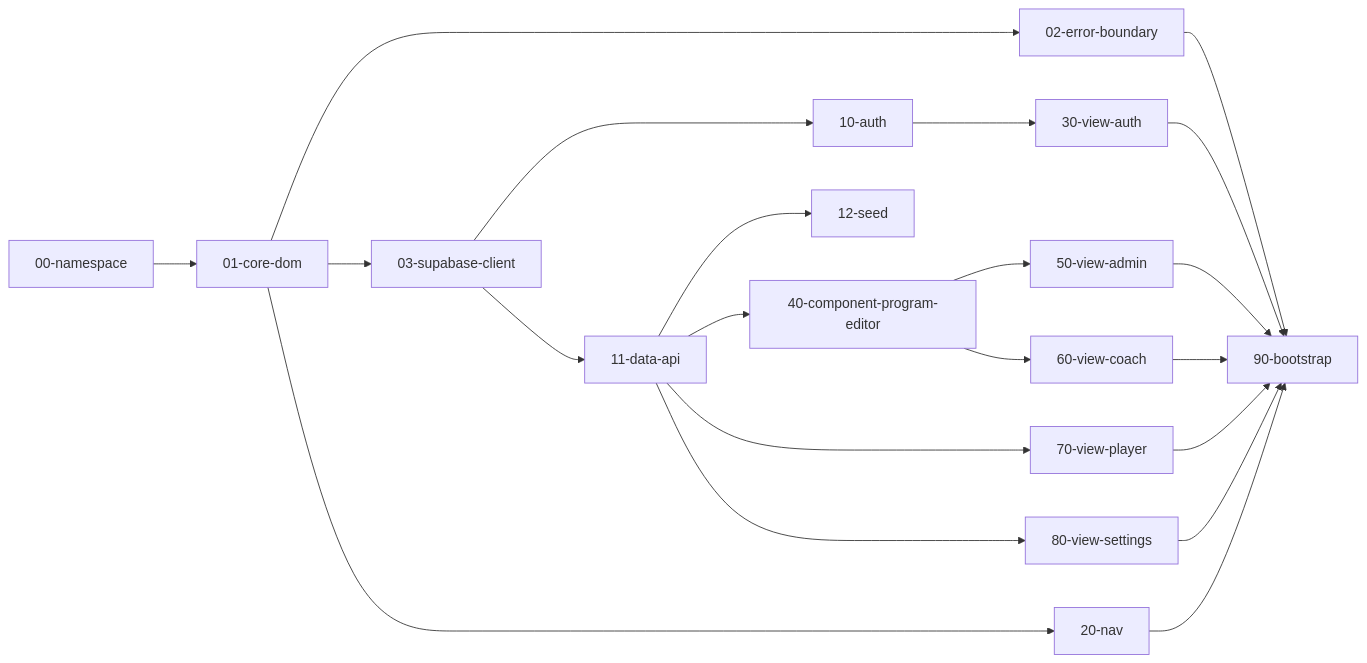
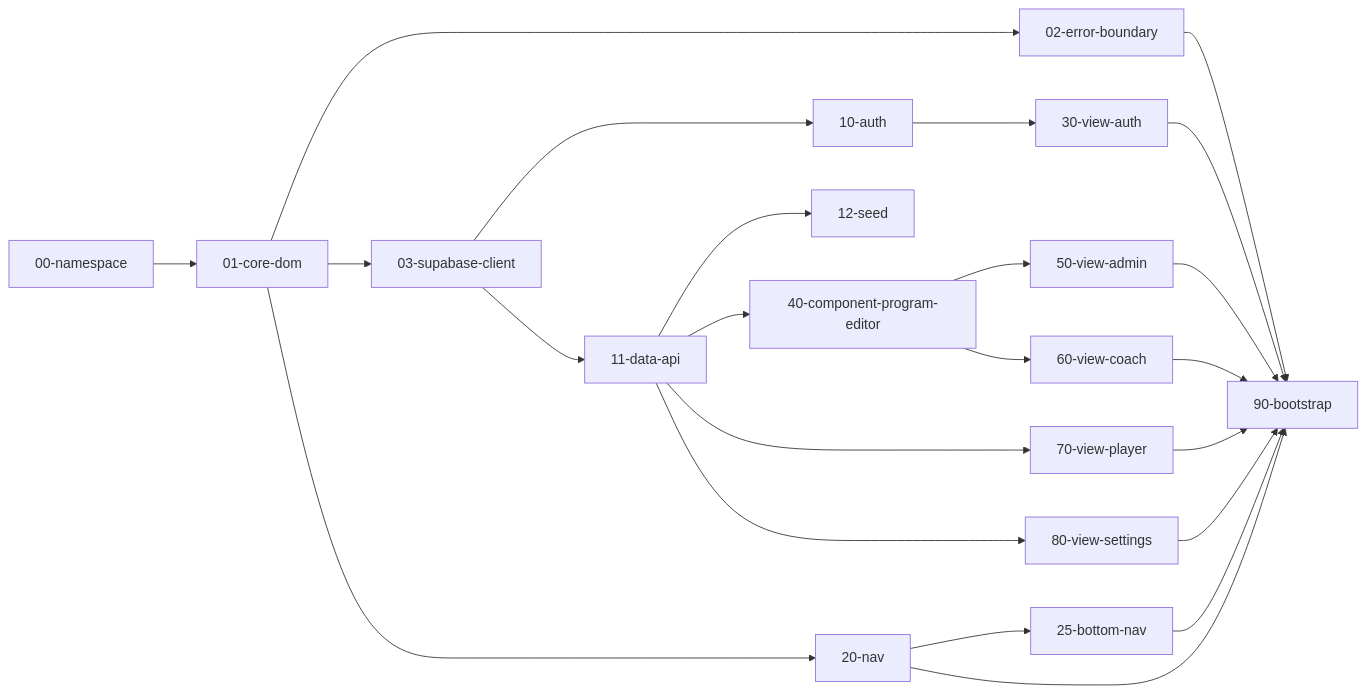
One commit to batoucode/summer-tmb-plll changed the diagram in docs/ARCHITECTURE.md. Above: the diagram before and after it, drawn with Mermaid. The commit also changed other lines of this file and 7 other files, not shown here.

````diff
--- a/docs/ARCHITECTURE.md
+++ b/docs/ARCHITECTURE.md
@@ -158,23 +159,25 @@
 ```mermaid
 flowchart LR
   ns[00-namespace] --> core[01-core-dom]
   core --> err[02-error-boundary]
   core --> sbc[03-supabase-client]
   sbc --> auth[10-auth]
   sbc --> data[11-data-api]
   data --> seed[12-seed]
   core --> nav[20-nav]
+  nav --> bottomNav[25-bottom-nav]
   auth --> viewAuth[30-view-auth]
   data --> compEditor[40-component-program-editor]
   compEditor --> viewAdmin[50-view-admin]
   compEditor --> viewCoach[60-view-coach]
   data --> viewPlayer[70-view-player]
   data --> viewSettings[80-view-settings]
   err --> boot[90-bootstrap]
   nav --> boot
+  bottomNav --> boot
   viewAuth --> boot
   viewAdmin --> boot
   viewCoach --> boot
   viewPlayer --> boot
   viewSettings --> boot
 ```
````
